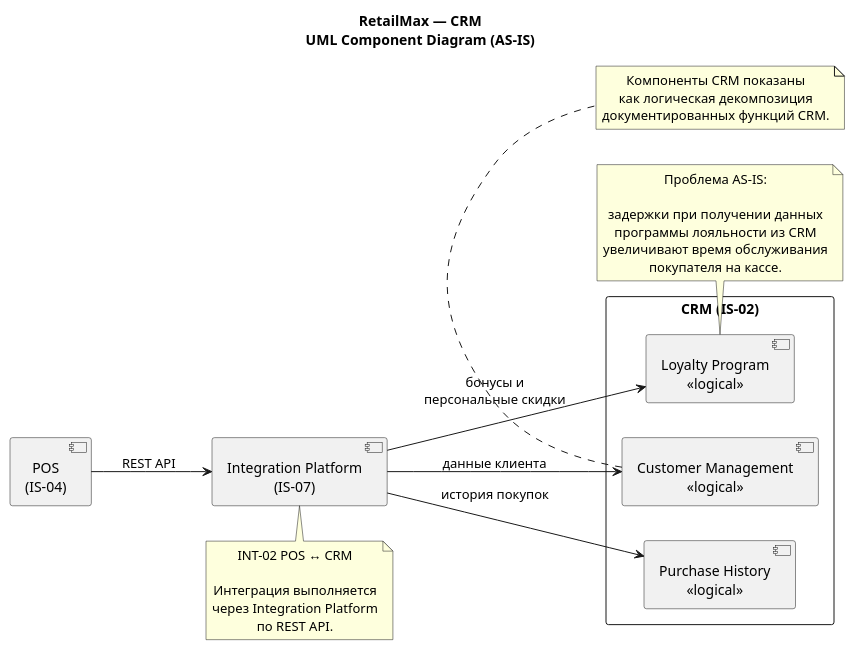
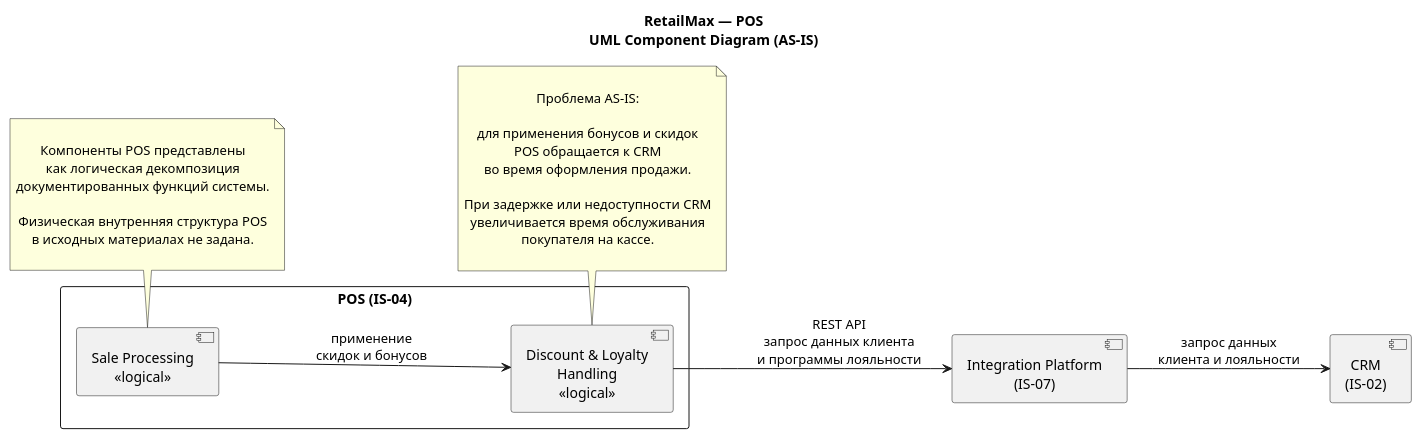
Before and after one commit to julicaon/hse_architecture: the diagram in 01_sales_domain/06_Architecture_Models/UML/sales_components_UML.puml, drawn with PlantUML.

Commit message:
sales_components_UML.puml

```diff
--- a/01_sales_domain/06_Architecture_Models/UML/sales_components_UML.puml
+++ b/01_sales_domain/06_Architecture_Models/UML/sales_components_UML.puml
@@ -1,77 +1,75 @@
-@startuml CRM_AS_IS
+@startuml POS_AS_IS
 
 left to right direction
 
 skinparam componentStyle uml2
 skinparam shadowing false
 skinparam packageStyle rectangle
 skinparam defaultTextAlignment center
 
-title RetailMax — CRM\nUML Component Diagram (AS-IS)
+title RetailMax — POS\nUML Component Diagram (AS-IS)
 
-' ==========================================
-' Домен Sales
-' ==========================================
 
-component "POS\n(IS-04)" as POS
+' =========================================================
+' Целевая система POS
+' =========================================================
+
+package "POS (IS-04)" {
+
+    component "Sale Processing\n<<logical>>" as Sale
+
+    component "Discount & Loyalty\nHandling\n<<logical>>" as Loyalty
+}
+
+
+' =========================================================
+' Внешние системы
+' =========================================================
 
 component "Integration Platform\n(IS-07)" as IP
 
-
-' ==========================================
-' Анализируемая система CRM
-' ==========================================
-
-package "CRM (IS-02)" {
-
-    component "Customer Management\n<<logical>>" as Customer
-
-    component "Loyalty Program\n<<logical>>" as Loyalty
-
-    component "Purchase History\n<<logical>>" as History
-}
+component "CRM\n(IS-02)" as CRM
 
 
-' ==========================================
-' Статические зависимости AS-IS
-' ==========================================
+' =========================================================
+' Зависимости AS-IS
+' =========================================================
 
-POS --> IP : REST API
+Sale --> Loyalty : применение\nскидок и бонусов
 
-IP --> Customer : данные клиента
+Loyalty --> IP : REST API\nзапрос данных клиента\nи программы лояльности
 
-IP --> Loyalty : бонусы и\nперсональные скидки
-
-IP --> History : история покупок
+IP --> CRM : запрос данных\nклиента и лояльности
 
 
-' ==========================================
-' Контекст проблемы
-' ==========================================
+' =========================================================
+' Проблема
+' =========================================================
 
-note bottom of IP
-INT-02 POS ↔ CRM
+note bottom of Loyalty
 
-Интеграция выполняется
-через Integration Platform
-по REST API.
+Проблема AS-IS:
+
+для применения бонусов и скидок
+POS обращается к CRM
+во время оформления продажи.
+
+При задержке или недоступности CRM
+увеличивается время обслуживания
+покупателя на кассе.
+
 end note
 
 
-note bottom of Loyalty
-Проблема AS-IS:
+note bottom of Sale
 
-задержки при получении данных
-программы лояльности из CRM
-увеличивают время обслуживания
-покупателя на кассе.
-end note
+Компоненты POS представлены
+как логическая декомпозиция
+документированных функций системы.
 
+Физическая внутренняя структура POS
+в исходных материалах не задана.
 
-note bottom of Customer
-Компоненты CRM показаны
-как логическая декомпозиция
-документированных функций CRM.
 end note
 
 @enduml
```
